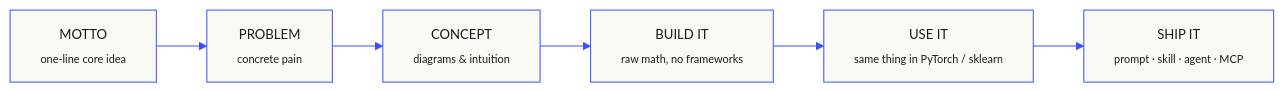
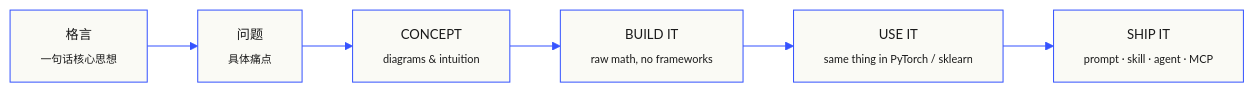
The second of 2 diagrams in README.md (xiaojiaenen/ai-engineering-from-scratch-zh), drawn with Mermaid before and after one commit. The commit also changed other lines of this file, not shown here.

Commit message:
batch 9: mermaid 图表中文化

````diff
--- a/README.md
+++ b/README.md
@@ -82,9 +82,9 @@
 ```mermaid
 %%{init: {'theme':'base','themeVariables':{'primaryColor':'#fafaf5','primaryTextColor':'#1a1a1a','primaryBorderColor':'#3553ff','lineColor':'#3553ff','fontFamily':'JetBrains Mono','fontSize':'13px'}}}%%
 flowchart LR
-  M["MOTTO<br/><sub>one-line core idea</sub>"] --> Pr["PROBLEM<br/><sub>concrete pain</sub>"]
+  M["格言<br/><sub>一句话核心思想</sub>"] --> Pr["问题<br/><sub>具体痛点</sub>"]
   Pr --> C["CONCEPT<br/><sub>diagrams &amp; intuition</sub>"]
   C --> B["BUILD IT<br/><sub>raw math, no frameworks</sub>"]
   B --> U["USE IT<br/><sub>same thing in PyTorch / sklearn</sub>"]
   U --> S["SHIP IT<br/><sub>prompt · skill · agent · MCP</sub>"]
 ```
````
